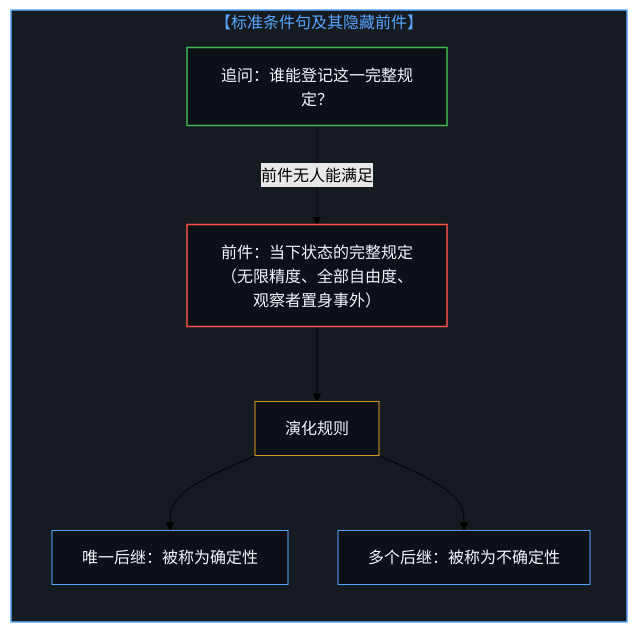
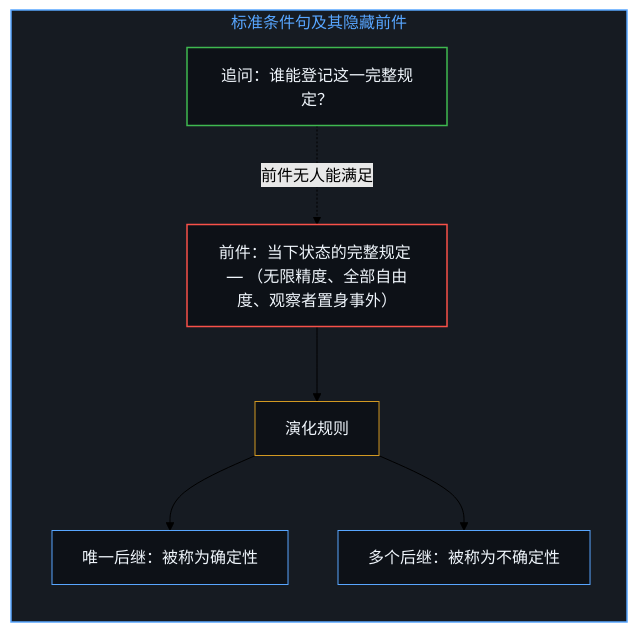
One commit to powerpig99/not-a-toe changed the first of 10 diagrams in content/posts/fixed-by-nothing.md. Above: the diagram before and after it, drawn with Mermaid (forest theme). The commit also changed other lines of this file and 3 other files, not shown here.

````diff
--- a/content/posts/fixed-by-nothing.md
+++ b/content/posts/fixed-by-nothing.md
@@ -17,16 +17,16 @@
 ```mermaid
-graph TD
-    subgraph S_Conditional ["【标准条件句及其隐藏前件】"]
+flowchart TD
+    subgraph S_Conditional ["标准条件句及其隐藏前件"]
         direction TB
-        C1["前件：当下状态的完整规定<br/>（无限精度、全部自由度、观察者置身事外）"] --> C2["演化规则"]
+        C1["前件：当下状态的完整规定 — （无限精度、全部自由度、观察者置身事外）"] --> C2["演化规则"]
         C2 --> C3["唯一后继：被称为确定性"]
         C2 --> C4["多个后继：被称为不确定性"]
         C5["追问：谁能登记这一完整规定？"] -. "前件无人能满足" .-> C1
     end
     style S_Conditional fill:#161b22,stroke:#58a6ff,stroke-width:1.5px,color:#58a6ff
     style C1 fill:#0d1117,stroke:#f85149,stroke-width:1.5px,color:#f0f6fc
     style C2 fill:#0d1117,stroke:#d29922,stroke-width:1px,color:#f0f6fc
     style C3 fill:#0d1117,stroke:#58a6ff,stroke-width:1px,color:#f0f6fc
     style C4 fill:#0d1117,stroke:#58a6ff,stroke-width:1px,color:#f0f6fc
     style C5 fill:#0d1117,stroke:#3fb950,stroke-width:1.5px,color:#f0f6fc
 ```
````
